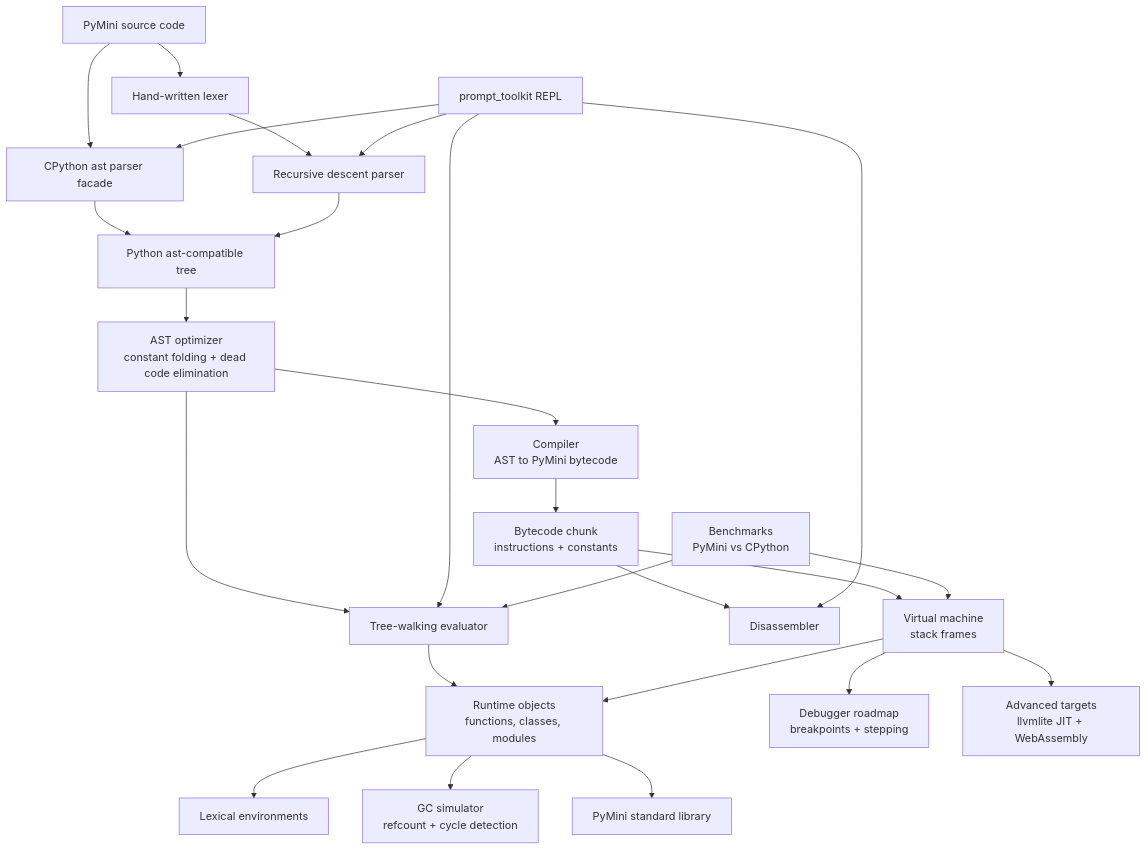
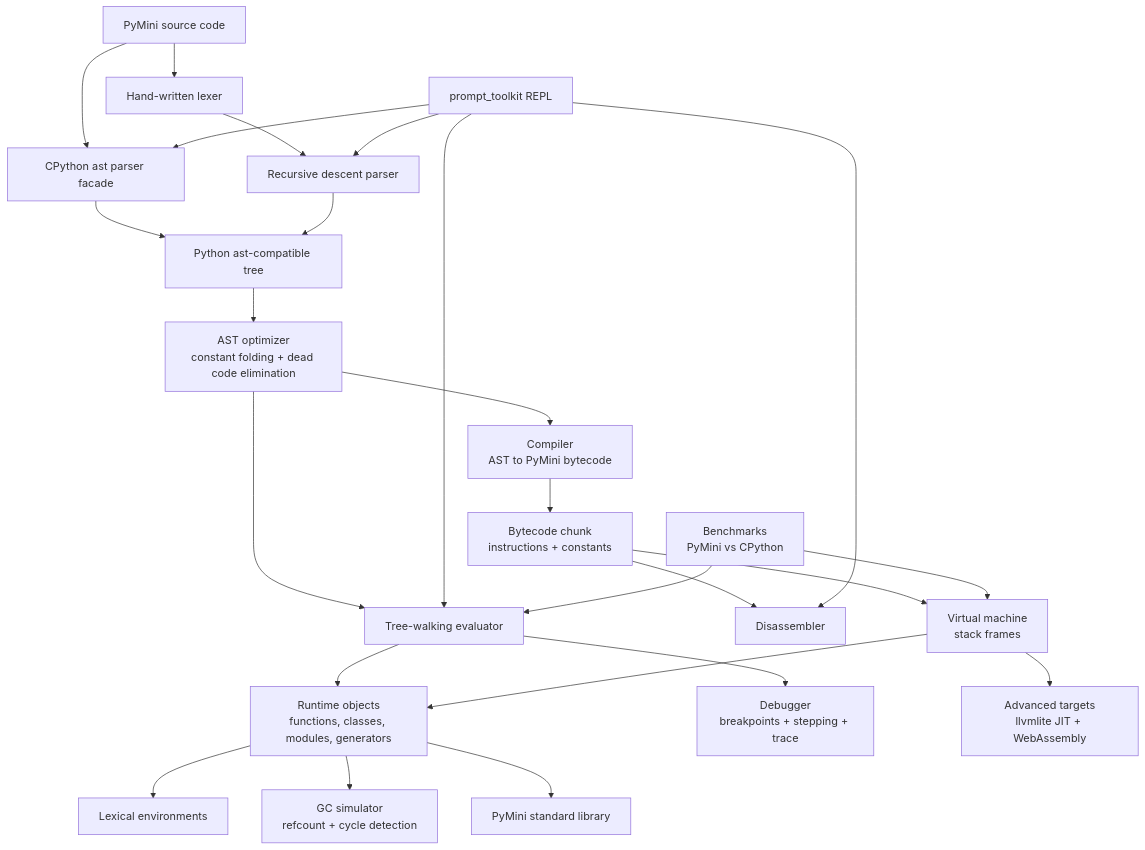
Before and after one commit to Sebby1770/PyMini: the diagram in README.md, drawn with Mermaid. The commit also changed other lines of this file and 22 other files, not shown here.

First line of the commit message:
feat: PyMini 0.3 — kwargs, lambda, generators, richer VM, debugger

````diff
--- a/README.md
+++ b/README.md
@@ -11,45 +11,45 @@
 ```mermaid
 flowchart TD
     Source["PyMini source code"]
     Lexer["Hand-written lexer"]
     HandParser["Recursive descent parser"]
     AstParser["CPython ast parser facade"]
     PyAST["Python ast-compatible tree"]
     Optimizer["AST optimizer<br/>constant folding + dead code elimination"]
     Evaluator["Tree-walking evaluator"]
     Compiler["Compiler<br/>AST to PyMini bytecode"]
     Bytecode["Bytecode chunk<br/>instructions + constants"]
     Disasm["Disassembler"]
     VM["Virtual machine<br/>stack frames"]
-    Runtime["Runtime objects<br/>functions, classes, modules"]
+    Runtime["Runtime objects<br/>functions, classes, modules, generators"]
     Scope["Lexical environments"]
     GC["GC simulator<br/>refcount + cycle detection"]
     Stdlib["PyMini standard library"]
     REPL["prompt_toolkit REPL"]
-    Debugger["Debugger roadmap<br/>breakpoints + stepping"]
+    Debugger["Debugger<br/>breakpoints + stepping + trace"]
     Bench["Benchmarks<br/>PyMini vs CPython"]
     Targets["Advanced targets<br/>llvmlite JIT + WebAssembly"]
 
     Source --> AstParser
     Source --> Lexer --> HandParser
     AstParser --> PyAST
     HandParser --> PyAST
     PyAST --> Optimizer
     Optimizer --> Evaluator
     Optimizer --> Compiler
     Compiler --> Bytecode --> VM
     Bytecode --> Disasm
     Evaluator --> Runtime
     VM --> Runtime
     Runtime --> Scope
     Runtime --> GC
     Runtime --> Stdlib
     REPL --> AstParser
     REPL --> HandParser
     REPL --> Evaluator
     REPL --> Disasm
-    VM --> Debugger
+    Evaluator --> Debugger
     Bench --> Evaluator
     Bench --> VM
     VM --> Targets
 ```
````
